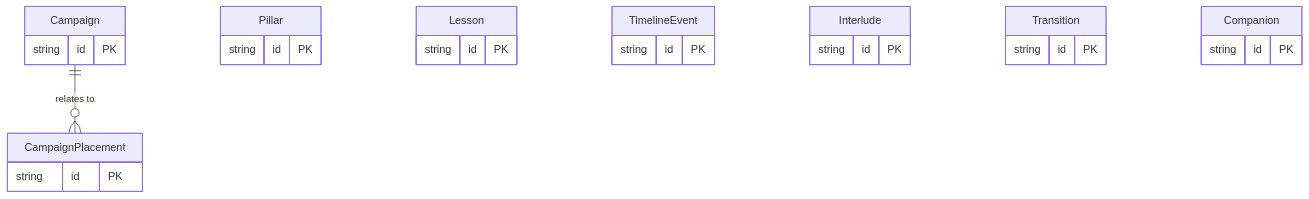
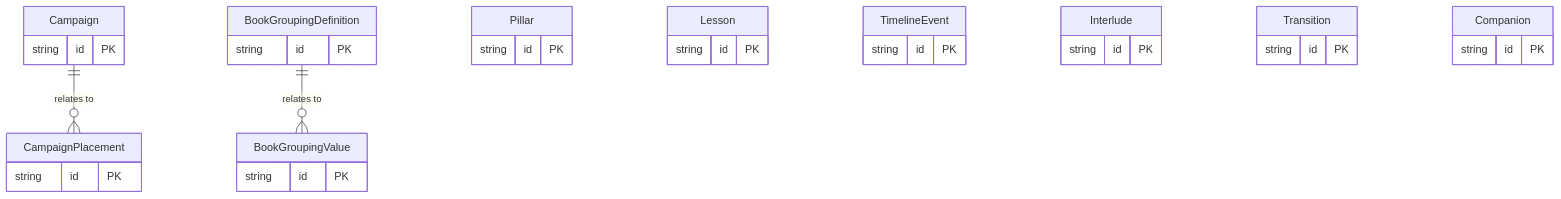
Before and after one commit to bkalaf/echoes-of-eidolon: the diagram in docs/architecture/mermaid/entity/e14-campaign-placement.mmd, drawn with Mermaid. The commit also changed 28 other files, not shown here.

```diff
--- a/docs/architecture/mermaid/entity/e14-campaign-placement.mmd
+++ b/docs/architecture/mermaid/entity/e14-campaign-placement.mmd
@@ -1,27 +1,34 @@
 %% Campaign placement
 erDiagram
   Campaign {
     string id PK
   }
   CampaignPlacement {
+    string id PK
+  }
+  BookGroupingDefinition {
+    string id PK
+  }
+  BookGroupingValue {
     string id PK
   }
   Pillar {
     string id PK
   }
   Lesson {
     string id PK
   }
   TimelineEvent {
     string id PK
   }
   Interlude {
     string id PK
   }
   Transition {
     string id PK
   }
   Companion {
     string id PK
   }
   Campaign ||--o{ CampaignPlacement : "relates to"
+  BookGroupingDefinition ||--o{ BookGroupingValue : "relates to"
```
